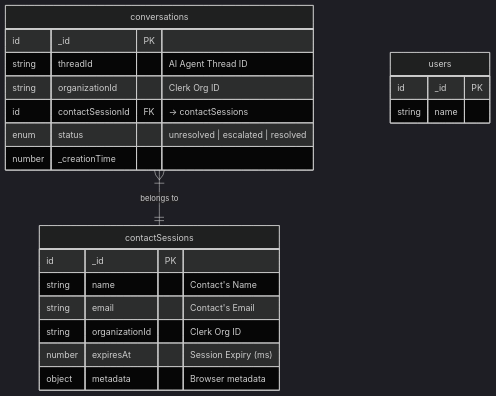
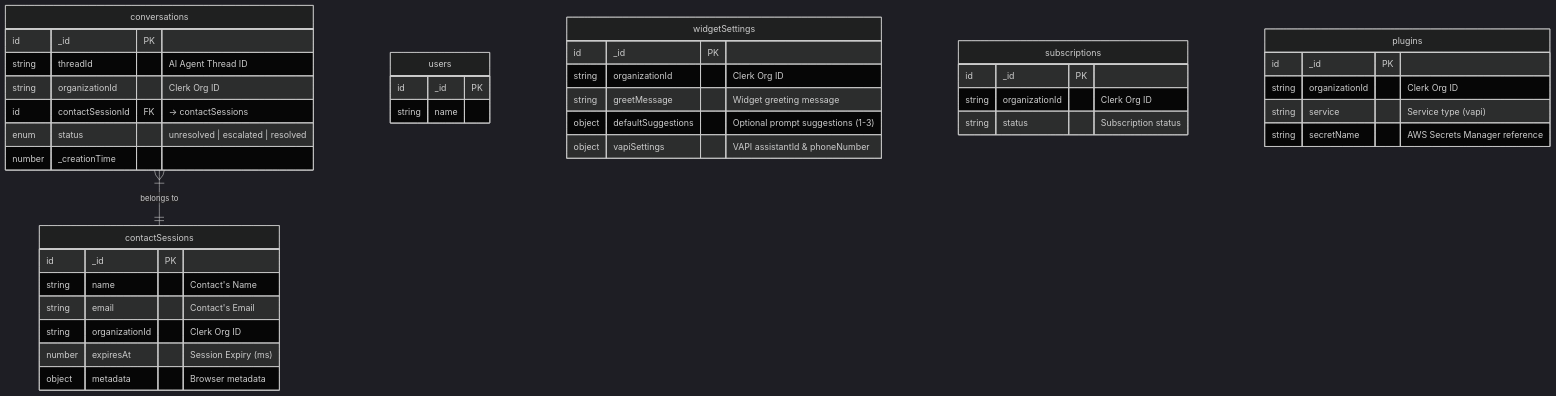
One commit to prakharsingh-74/Pivot-Care-AI changed the third of 12 diagrams in README.md. Above: the diagram before and after it, drawn with Mermaid (dark theme). The commit also changed other lines of this file, not shown here.

````diff
--- a/README.md
+++ b/README.md
@@ -156,27 +161,48 @@
 ```mermaid
 erDiagram
     conversations {
         id _id PK
         string threadId "AI Agent Thread ID"
         string organizationId "Clerk Org ID"
         id contactSessionId FK "→ contactSessions"
         enum status "unresolved | escalated | resolved"
         number _creationTime
     }
 
     contactSessions {
         id _id PK
         string name "Contact's Name"
         string email "Contact's Email"
         string organizationId "Clerk Org ID"
         number expiresAt "Session Expiry (ms)"
         object metadata "Browser metadata"
     }
 
     users {
         id _id PK
         string name
     }
 
+    widgetSettings {
+        id _id PK
+        string organizationId "Clerk Org ID"
+        string greetMessage "Widget greeting message"
+        object defaultSuggestions "Optional prompt suggestions (1-3)"
+        object vapiSettings "VAPI assistantId & phoneNumber"
+    }
+
+    subscriptions {
+        id _id PK
+        string organizationId "Clerk Org ID"
+        string status "Subscription status"
+    }
+
+    plugins {
+        id _id PK
+        string organizationId "Clerk Org ID"
+        string service "Service type (vapi)"
+        string secretName "AWS Secrets Manager reference"
+    }
+
     conversations }|--|| contactSessions : "belongs to"
 ```
````
